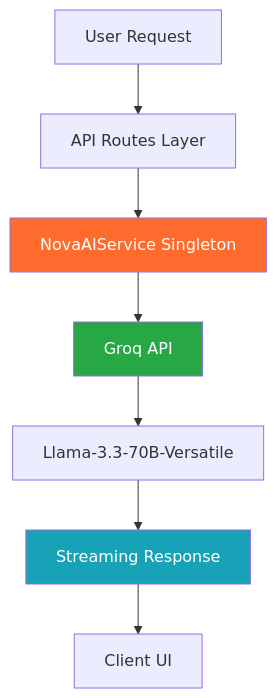
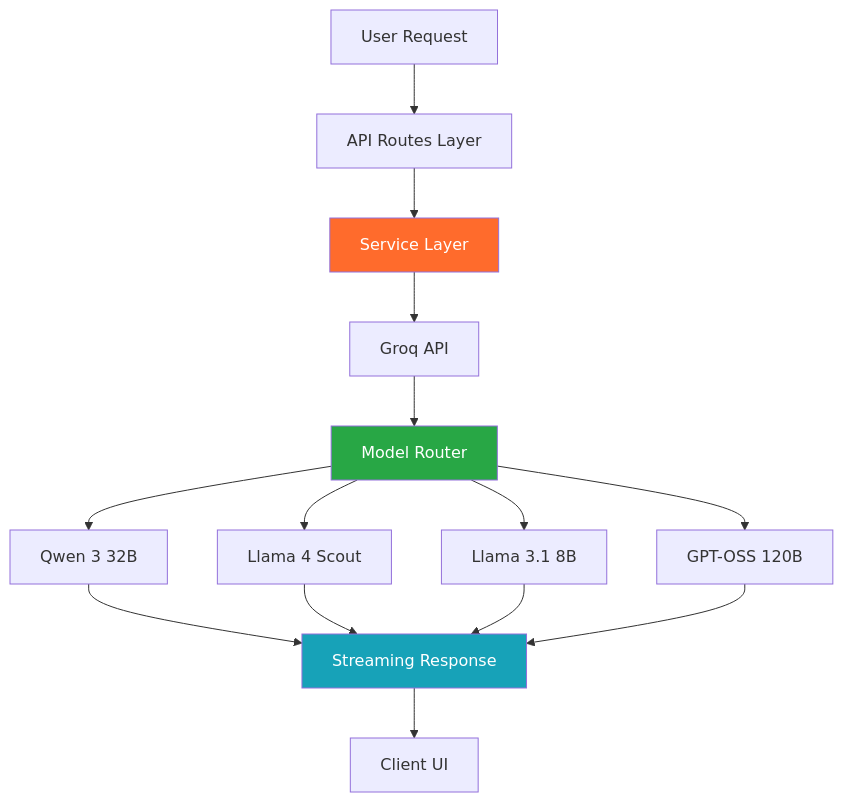
Before and after one commit to Kedhareswer/thesisflow-ai: the seventh of 8 diagrams in README.md, drawn with Mermaid. The commit also changed other lines of this file and 27 other files, not shown here.

````diff
--- a/README.md
+++ b/README.md
@@ -621,13 +626,20 @@
 ```mermaid
 graph TB
     A[User Request] --> B[API Routes Layer]
-    B --> C[NovaAIService Singleton]
+    B --> C[Service Layer]
     C --> D[Groq API]
-    D --> E[Llama-3.3-70B-Versatile]
-    E --> F[Streaming Response]
-    F --> G[Client UI]
+    D --> E[Model Router]
+    E --> F1[Qwen 3 32B]
+    E --> F2[Llama 4 Scout]
+    E --> F3[Llama 3.1 8B]
+    E --> F4[GPT-OSS 120B]
+    F1 --> G[Streaming Response]
+    F2 --> G
+    F3 --> G
+    F4 --> G
+    G --> H[Client UI]
 
     style C fill:#FF6B2C,color:#fff
-    style D fill:#28a745,color:#fff
-    style F fill:#17a2b8,color:#fff
+    style E fill:#28a745,color:#fff
+    style G fill:#17a2b8,color:#fff
 ```
````
